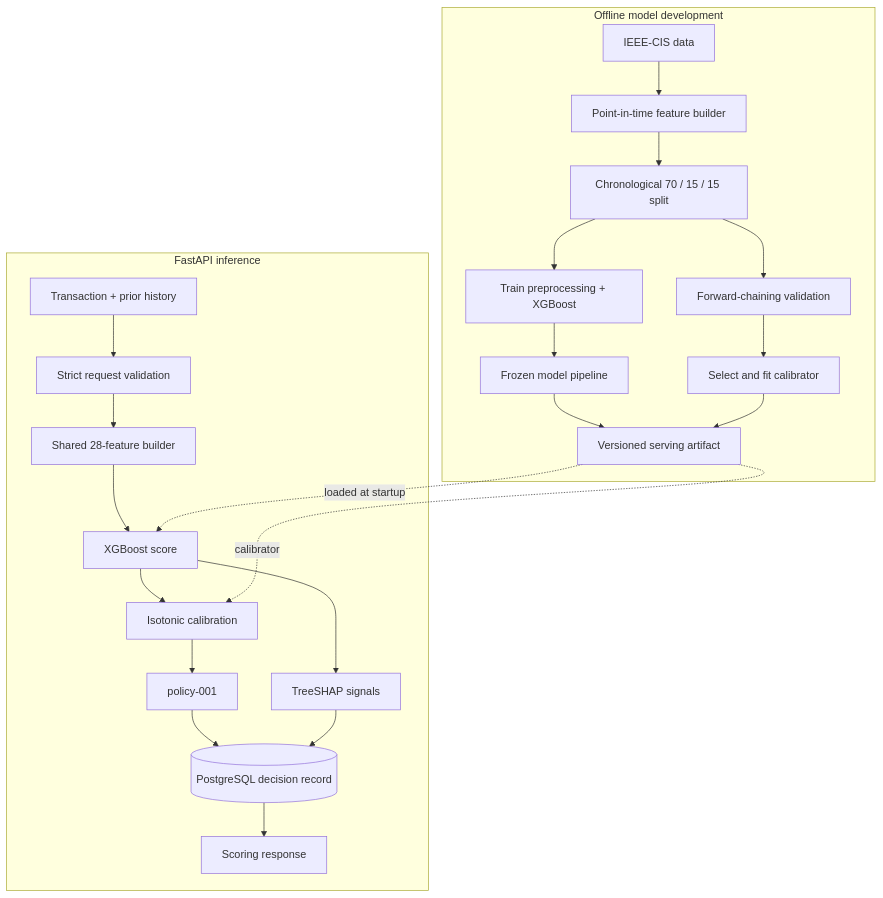
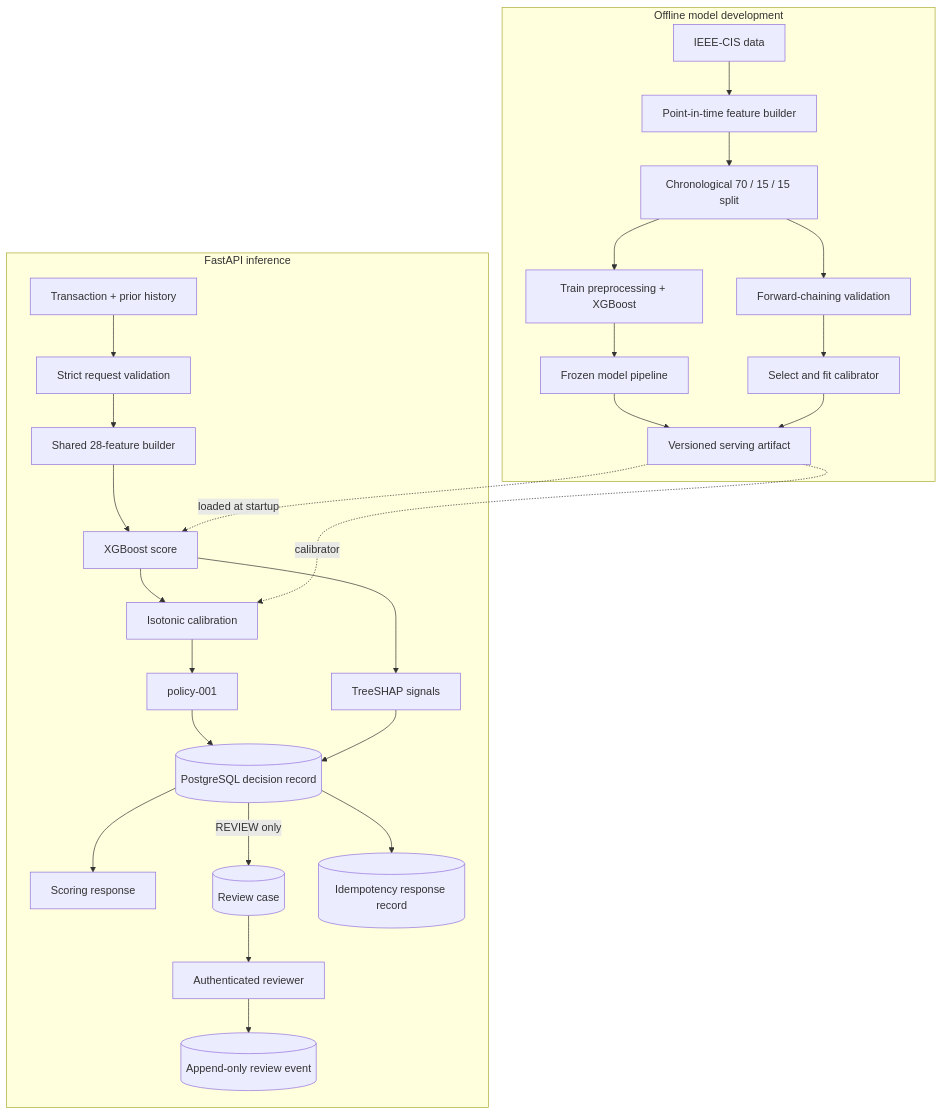
Before and after one commit to Sujeet-Kona/RiskForge: the diagram in README.md, drawn with Mermaid. The commit also changed other lines of this file, not shown here.

```diff
--- a/README.md
+++ b/README.md
@@ -33,26 +33,30 @@
 ~~~mermaid
 flowchart TB
   subgraph OFFLINE[Offline model development]
     DATA[IEEE-CIS data] --> FEATURES[Point-in-time feature builder]
     FEATURES --> SPLIT[Chronological 70 / 15 / 15 split]
     SPLIT --> TRAIN[Train preprocessing + XGBoost]
     SPLIT --> VAL[Forward-chaining validation]
     TRAIN --> MODEL[Frozen model pipeline]
     VAL --> CAL[Select and fit calibrator]
     MODEL --> ARTIFACT[Versioned serving artifact]
     CAL --> ARTIFACT
   end
   subgraph ONLINE[FastAPI inference]
     REQUEST[Transaction + prior history] --> VALIDATE[Strict request validation]
     VALIDATE --> BUILD[Shared 28-feature builder]
     BUILD --> SCORE[XGBoost score]
     SCORE --> CALIBRATE[Isotonic calibration]
     CALIBRATE --> POLICY[policy-001]
     SCORE --> SHAP[TreeSHAP signals]
     POLICY --> AUDIT[(PostgreSQL decision record)]
     SHAP --> AUDIT
     AUDIT --> RESPONSE[Scoring response]
+    AUDIT -->|REVIEW only| CASE[(Review case)]
+    CASE --> REVIEWER[Authenticated reviewer]
+    REVIEWER --> EVENTS[(Append-only review event)]
+    AUDIT --> IDEMPOTENCY[(Idempotency response record)]
   end
   ARTIFACT -. loaded at startup .-> SCORE
   ARTIFACT -. calibrator .-> CALIBRATE
 ~~~
```
